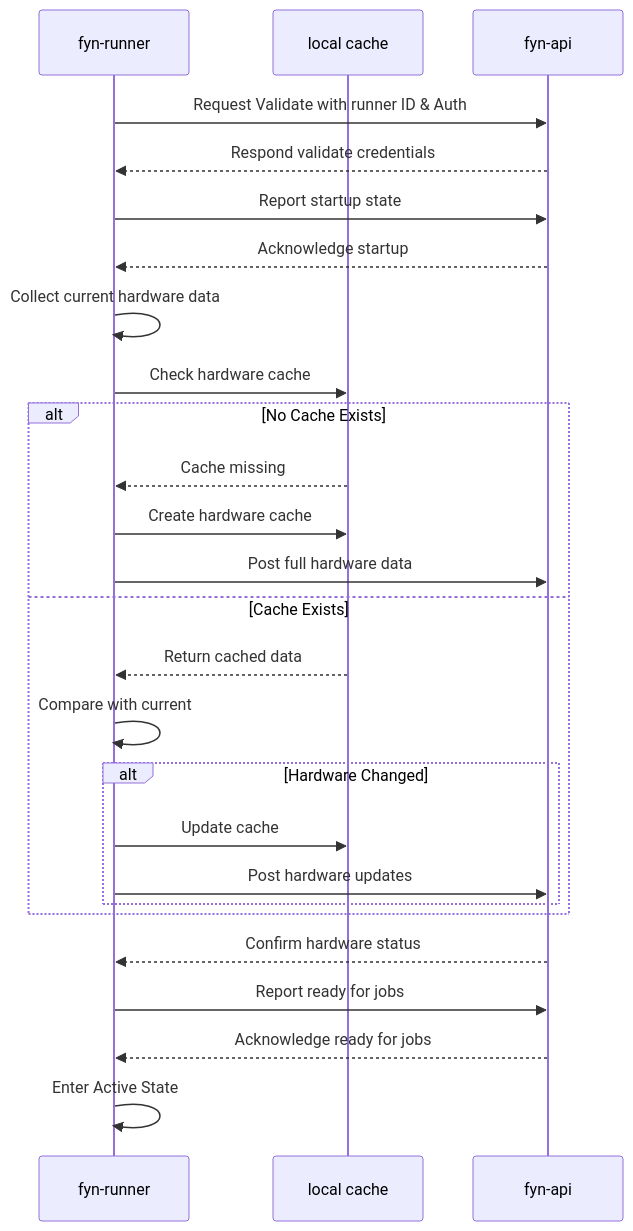
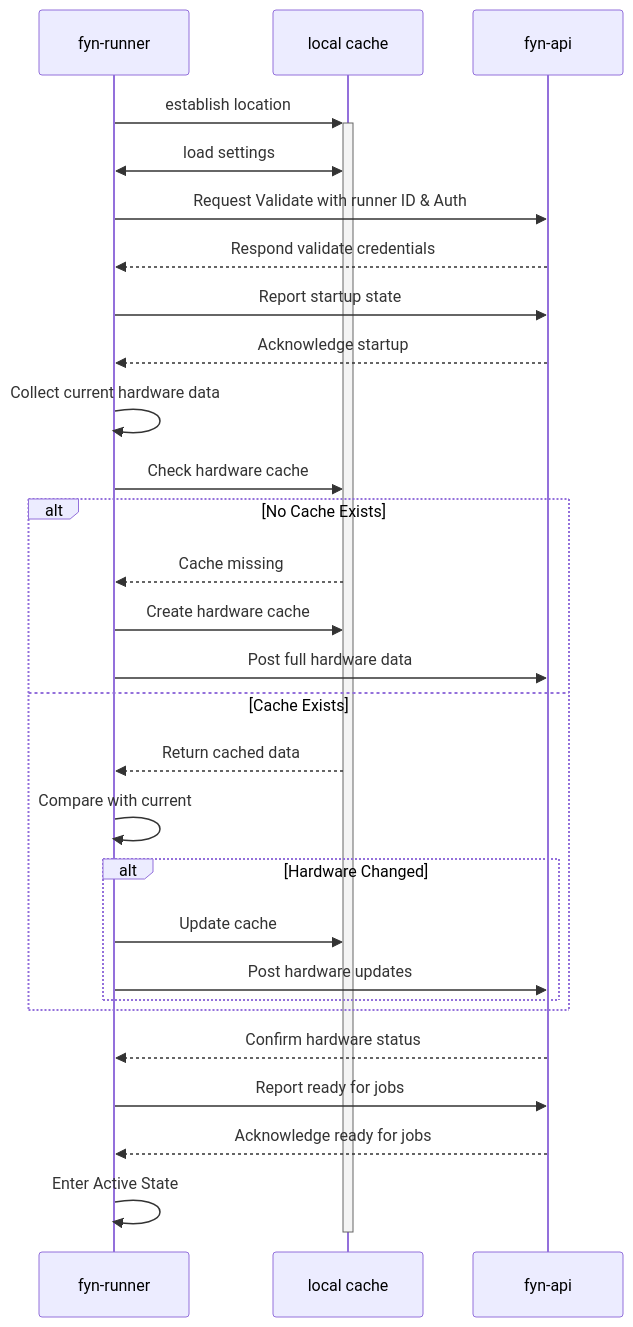
The third of 6 diagrams in docs/runner_events.md (fyn-tech/fyn-runner), drawn with Mermaid before and after one commit.

Commit message:
- added local cache loading to events.

````diff
--- a/docs/runner_events.md
+++ b/docs/runner_events.md
@@ -66,36 +66,38 @@
 ```mermaid
 sequenceDiagram
     participant fyn-runner
     participant local cache
     participant fyn-api
 
-    %% Initial Connection
+    fyn-runner->>+local cache: establish location
+    fyn-runner<<->>local cache: load settings
     fyn-runner->>fyn-api: Request Validate with runner ID & Auth
     fyn-api-->>fyn-runner: Respond validate credentials
     fyn-runner->>fyn-api: Report startup state
     fyn-api-->>fyn-runner: Acknowledge startup
 
     %% Hardware Check
     fyn-runner->>fyn-runner: Collect current hardware data
     fyn-runner->>local cache: Check hardware cache
     
     alt No Cache Exists
         local cache-->>fyn-runner: Cache missing
         fyn-runner->>local cache: Create hardware cache
         fyn-runner->>fyn-api: Post full hardware data
     else Cache Exists
         local cache-->>fyn-runner: Return cached data
         fyn-runner->>fyn-runner: Compare with current
         alt Hardware Changed
             fyn-runner->>local cache: Update cache
             fyn-runner->>fyn-api: Post hardware updates
         end
     end
     
     fyn-api-->>fyn-runner: Confirm hardware status
 
     %% Enter Ready State
     fyn-runner->>fyn-api: Report ready for jobs
     fyn-api-->>fyn-runner: Acknowledge ready for jobs
     fyn-runner->>fyn-runner: Enter Active State
+    deactivate local cache
 ```
````
